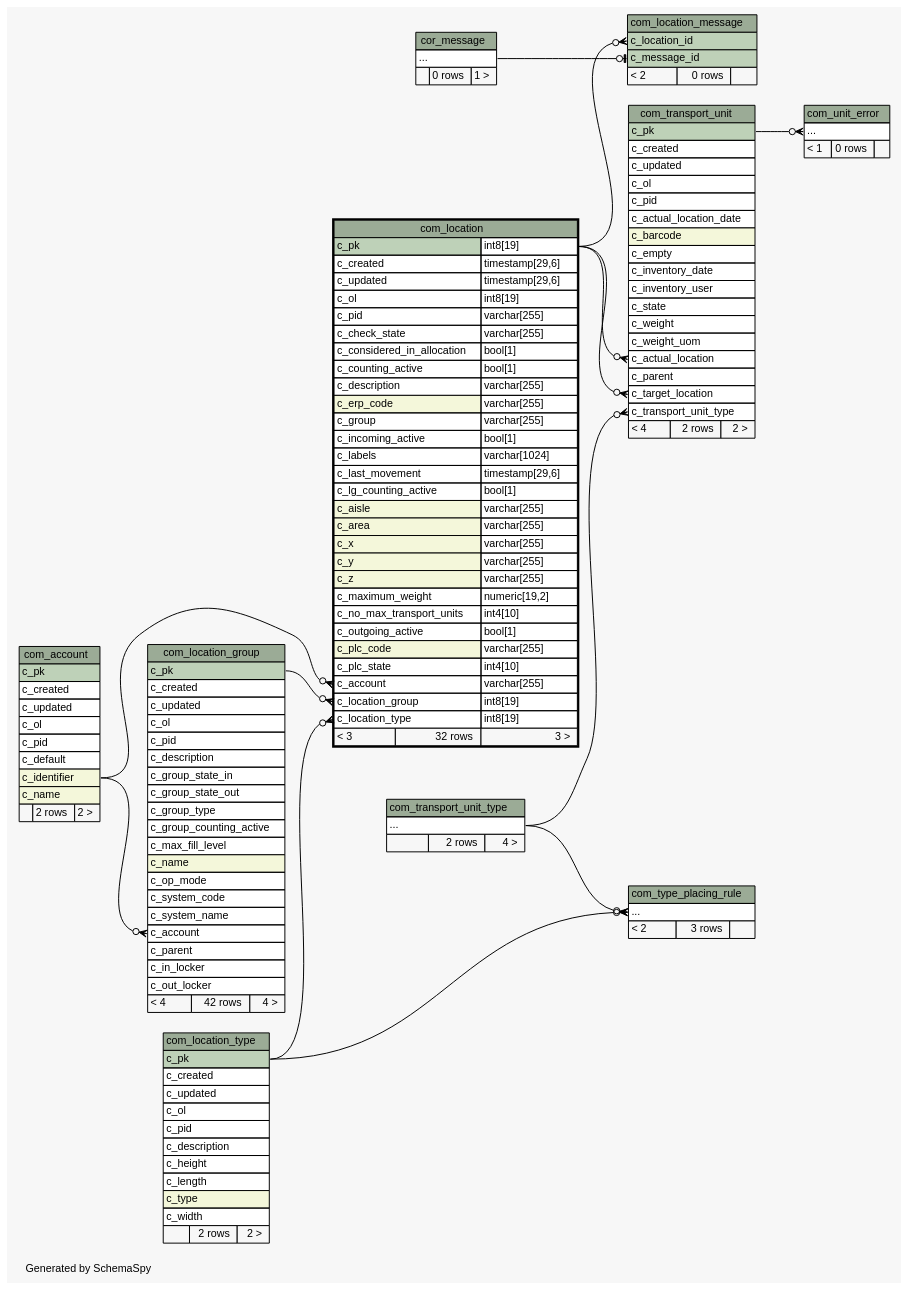
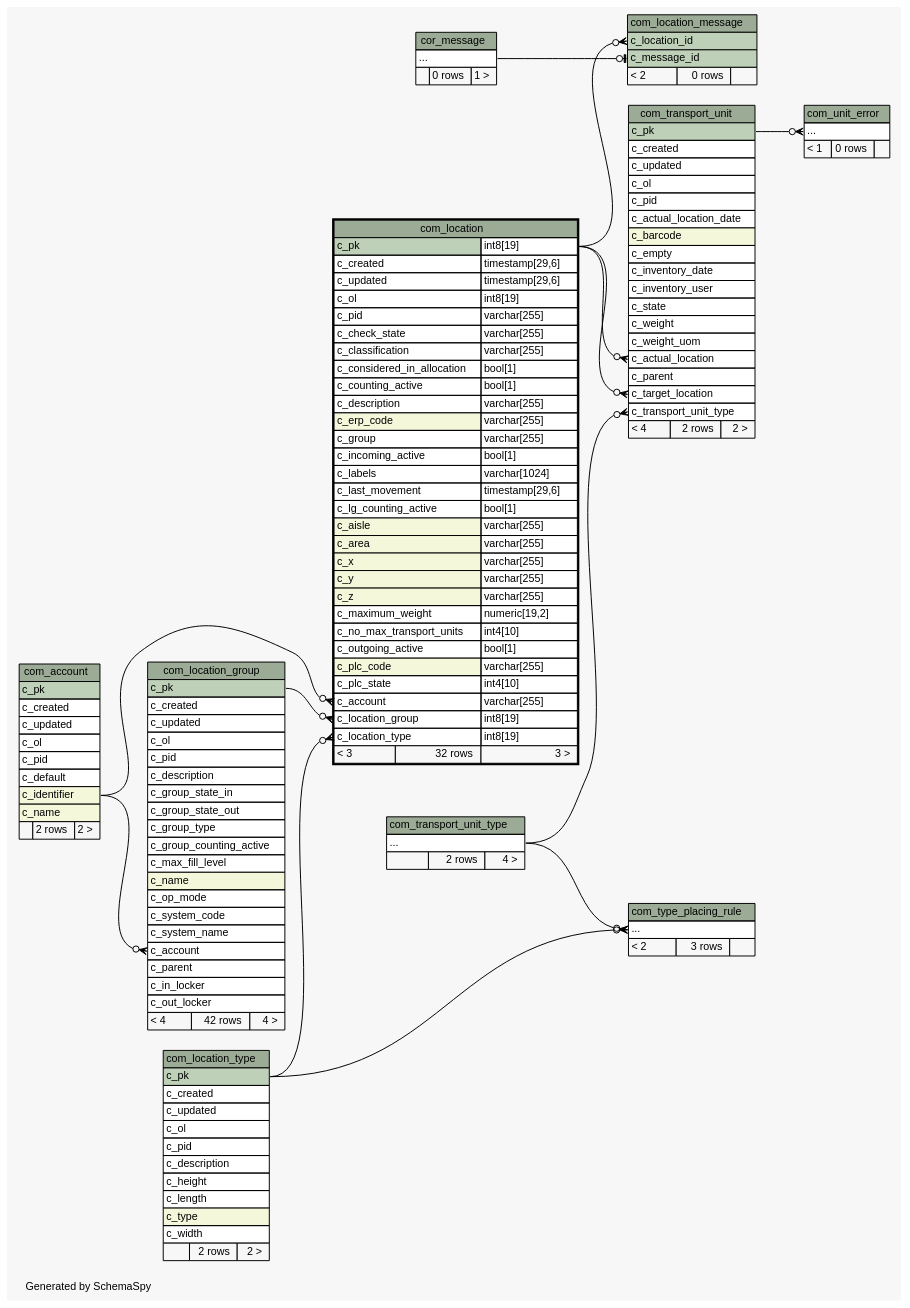
Before and after one commit to openwms/org.openwms.common.service.lib: the diagram in 1.7.0-SNAPSHOT/schemaspy/diagrams/com_location.2degrees.dot, drawn with Graphviz. The commit also changed 436 other files, not shown here.

```diff
--- a/1.7.0-SNAPSHOT/schemaspy/diagrams/com_location.2degrees.dot
+++ b/1.7.0-SNAPSHOT/schemaspy/diagrams/com_location.2degrees.dot
@@ -58,6 +58,7 @@
       <TR><TD PORT="c_ol" COLSPAN="2" ALIGN="LEFT">c_ol</TD><TD PORT="c_ol.type" ALIGN="LEFT">int8[19]</TD></TR>
       <TR><TD PORT="c_pid" COLSPAN="2" ALIGN="LEFT">c_pid</TD><TD PORT="c_pid.type" ALIGN="LEFT">varchar[255]</TD></TR>
       <TR><TD PORT="c_check_state" COLSPAN="2" ALIGN="LEFT">c_check_state</TD><TD PORT="c_check_state.type" ALIGN="LEFT">varchar[255]</TD></TR>
+      <TR><TD PORT="c_classification" COLSPAN="2" ALIGN="LEFT">c_classification</TD><TD PORT="c_classification.type" ALIGN="LEFT">varchar[255]</TD></TR>
       <TR><TD PORT="c_considered_in_allocation" COLSPAN="2" ALIGN="LEFT">c_considered_in_allocation</TD><TD PORT="c_considered_in_allocation.type" ALIGN="LEFT">bool[1]</TD></TR>
       <TR><TD PORT="c_counting_active" COLSPAN="2" ALIGN="LEFT">c_counting_active</TD><TD PORT="c_counting_active.type" ALIGN="LEFT">bool[1]</TD></TR>
       <TR><TD PORT="c_description" COLSPAN="2" ALIGN="LEFT">c_description</TD><TD PORT="c_description.type" ALIGN="LEFT">varchar[255]</TD></TR>
```
